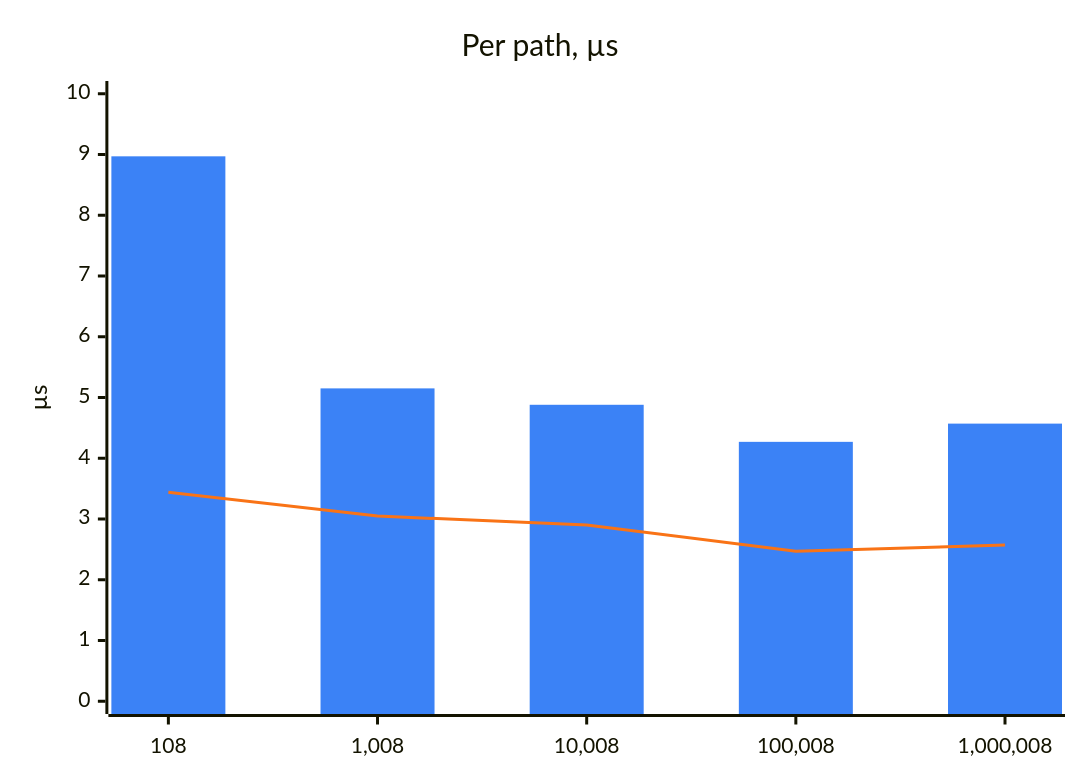
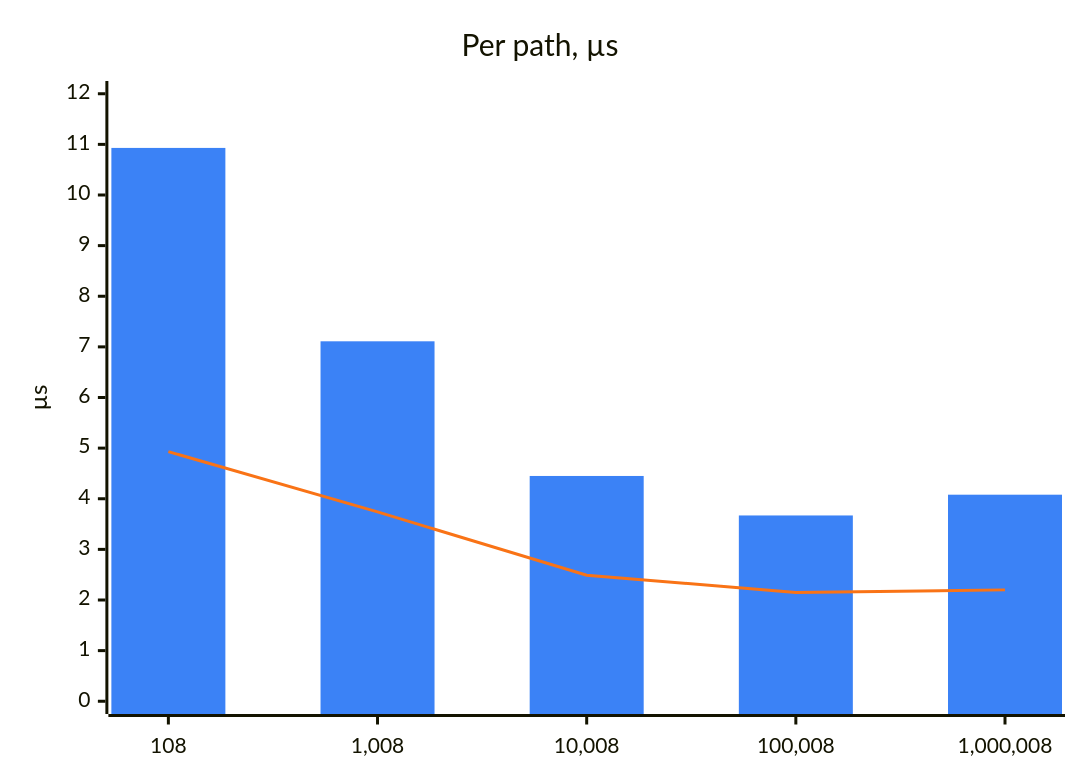
The second of 4 diagrams in website/src/content/docs/internal/performance.md (DyHex/POMWright), drawn with Mermaid before and after one commit. The commit also changed other lines of this file and 1 other file, not shown here.

````diff
--- a/website/src/content/docs/internal/performance.md
+++ b/website/src/content/docs/internal/performance.md
@@ -84,9 +110,9 @@
 ```mermaid
 %%{init: {"themeVariables": {"xyChart": {"plotColorPalette": "#3b82f6, #f97316"}}}}%%
 xychart-beta
   title "Per path, µs"
   x-axis ["108", "1,008", "10,008", "100,008", "1,000,008"]
-  y-axis "µs" 0 --> 10
-  bar [8.97, 5.15, 4.88, 4.27, 4.57]
-  line [3.44, 3.05, 2.9, 2.47, 2.57]
+  y-axis "µs" 0 --> 12
+  bar [10.93, 7.11, 4.45, 3.67, 4.08]
+  line [4.93, 3.74, 2.49, 2.15, 2.2]
 ```
````
